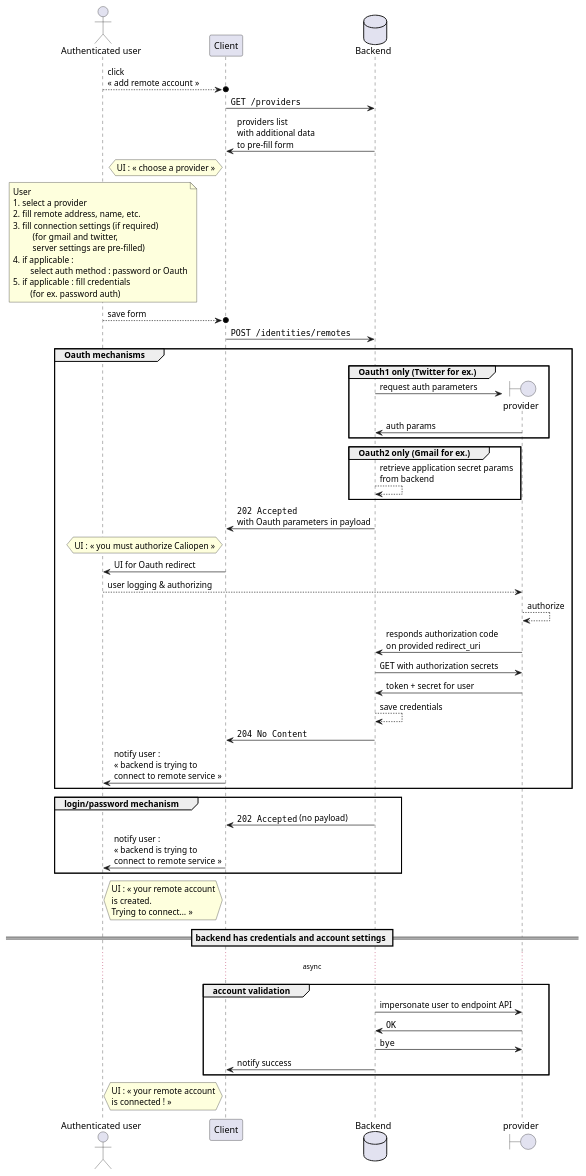
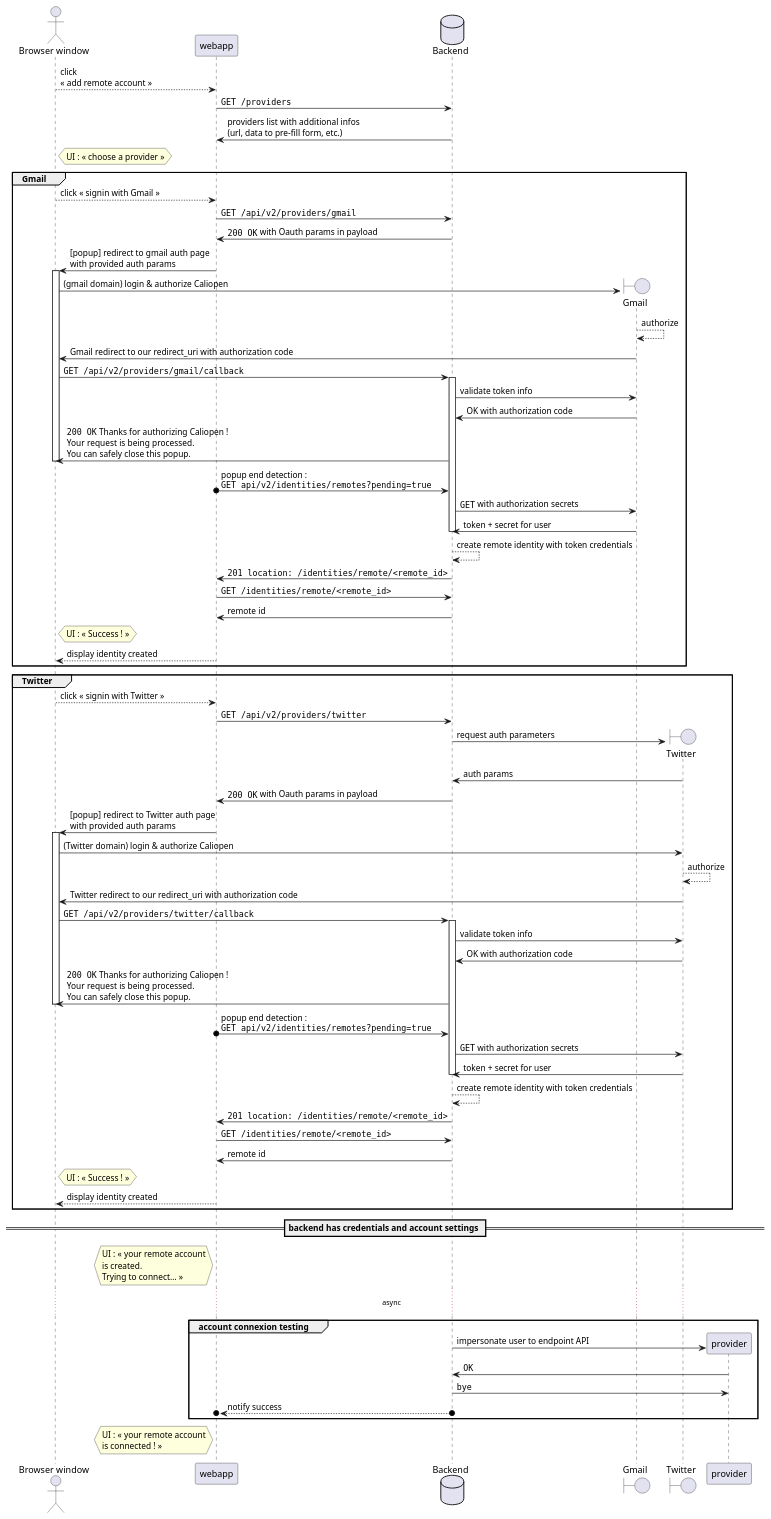
One commit to oricis/Caliopen changed the diagram in doc/specifications/identities/Remote-identities-creation-diagram.puml. Above: the diagram before and after it, drawn with PlantUML.

Commit message:
Update remote identities creation process diagram.

```diff
--- a/doc/specifications/identities/Remote-identities-creation-diagram.puml
+++ b/doc/specifications/identities/Remote-identities-creation-diagram.puml
@@ -1,58 +1,77 @@
 @startuml
-actor "Authenticated user" as user
-participant "Client" as client
+actor "Browser window" as user
+participant "webapp" as client
 database "Backend" as backend
-user -->o client: click\n« add remote account »
+user --> client: click\n« add remote account »
 client -> backend: ""GET /providers""
-backend -> client: providers list\nwith additional data\nto pre-fill form
-hnote left client: UI : « choose a provider »
-note over user
-User
-1. select a provider
-2. fill remote address, name, etc.
-3. fill connection settings (if required)
-         (for gmail and twitter,
-         server settings are pre-filled)
-4. if applicable :
-        select auth method : password or Oauth
-5. if applicable : fill credentials
-        (for ex. password auth)
-end note
-user -->o client: save form
-client -> backend: ""POST /identities/remotes""
-group Oauth mechanisms
-group Oauth1 only (Twitter for ex.)
-create boundary provider
-backend -> provider: request auth parameters
-provider -> backend: auth params
+backend -> client: providers list with additional infos\n(url, data to pre-fill form, etc.)
+hnote right user: UI : « choose a provider »
+group Gmail
+user --> client: click « signin with Gmail »
+client -> backend: ""GET /api/v2/providers/gmail""
+backend -> client: ""200 OK"" with Oauth params in payload
+client -> user: [popup] redirect to gmail auth page\nwith provided auth params
+create boundary Gmail
+activate user
+user -> Gmail: (gmail domain) login & authorize Caliopen
+Gmail --> Gmail: authorize
+Gmail -> user: Gmail redirect to our redirect_uri with authorization code
+user -> backend: ""GET /api/v2/providers/gmail/callback""
+activate backend
+backend -> Gmail: validate token info
+Gmail -> backend: OK with authorization code
+backend -> user: ""200 OK"" Thanks for authorizing Caliopen !\nYour request is being processed.\nYou can safely close this popup.
+deactivate user
+client o-> backend: popup end detection :\n""GET api/v2/identities/remotes?pending=true""
+backend -> Gmail: ""GET"" with authorization secrets
+Gmail -> backend: token + secret for user
+deactivate backend
+backend --> backend: create remote identity with token credentials
+backend -> client: ""201 location: /identities/remote/<remote_id>""
+client -> backend: ""GET /identities/remote/<remote_id>""
+backend -> client: remote id
+hnote right user: UI : « Success ! »
+client --> user: display identity created
 end
-group Oauth2 only (Gmail for ex.)
-backend --> backend: retrieve application secret params\nfrom backend
+group Twitter
+user --> client: click « signin with Twitter »
+client -> backend: ""GET /api/v2/providers/twitter""
+create boundary Twitter
+backend -> Twitter: request auth parameters
+Twitter -> backend: auth params
+backend -> client: ""200 OK"" with Oauth params in payload
+client -> user: [popup] redirect to Twitter auth page\nwith provided auth params
+activate user
+user -> Twitter: (Twitter domain) login & authorize Caliopen
+Twitter --> Twitter: authorize
+Twitter -> user: Twitter redirect to our redirect_uri with authorization code
+user -> backend: ""GET /api/v2/providers/twitter/callback""
+activate backend
+backend -> Twitter: validate token info
+Twitter -> backend: OK with authorization code
+backend -> user: ""200 OK"" Thanks for authorizing Caliopen !\nYour request is being processed.\nYou can safely close this popup.
+deactivate user
+client o-> backend: popup end detection :\n""GET api/v2/identities/remotes?pending=true""
+backend -> Twitter: ""GET"" with authorization secrets
+Twitter -> backend: token + secret for user
+deactivate backend
+backend --> backend: create remote identity with token credentials
+backend -> client: ""201 location: /identities/remote/<remote_id>""
+client -> backend: ""GET /identities/remote/<remote_id>""
+backend -> client: remote id
+hnote right user: UI : « Success ! »
+client --> user: display identity created
 end
-backend -> client: ""202 Accepted""\nwith Oauth parameters in payload
-hnote left client: UI : « you must authorize Caliopen »
-client -> user: UI for Oauth redirect
-user --> provider: user logging & authorizing
-provider --> provider: authorize
-provider -> backend: responds authorization code\non provided redirect_uri
-backend -> provider: ""GET"" with authorization secrets
-provider -> backend: token + secret for user
-backend --> backend: save credentials
-backend -> client: ""204 No Content""
-client -> user: notify user :\n« backend is trying to\nconnect to remote service »
-end
-group login/password mechanism
-backend -> client: ""202 Accepted"" (no payload)
-client -> user: notify user :\n« backend is trying to\nconnect to remote service »
-end
+
+== backend has credentials and account settings ==
 hnote left client: UI : « your remote account\nis created.\nTrying to connect… »
-== backend has credentials and account settings ==
+create participant provider
 ... async  ...
-group account validation
+group account connexion testing
 backend -> provider: impersonate user to endpoint API
 provider -> backend: ""OK""
 backend -> provider: ""bye""
-backend -> client: notify success
+backend o-->o client: notify success
 end
 hnote left client: UI : « your remote account\nis connected ! »
 @enduml
```
